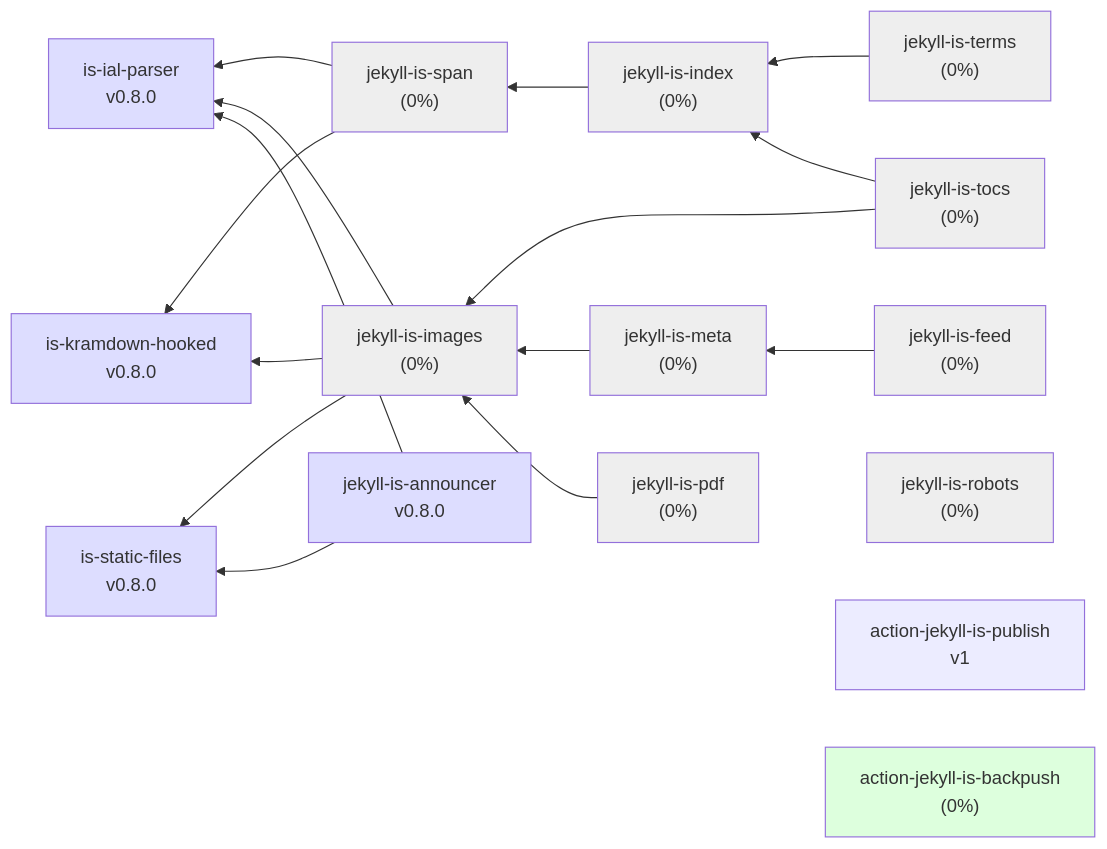
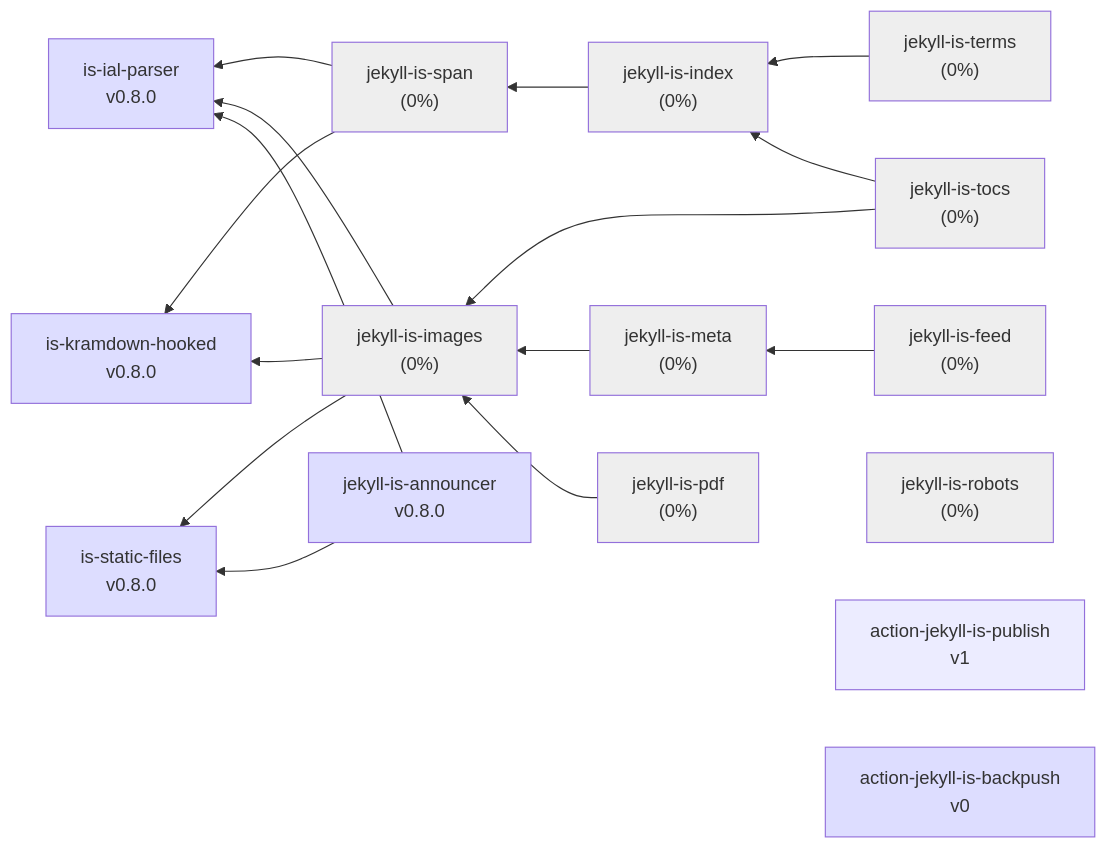
Before and after one commit to jekyll-is/.github: the diagram in profile/README.md, drawn with Mermaid.

````diff
--- a/profile/README.md
+++ b/profile/README.md
@@ -7,59 +7,59 @@
 ```mermaid
 graph RL
   kramdown["is-kramdown-hooked<br>v0.8.0"]
   ial["is-ial-parser<br>v0.8.0"]
   statics["is-static-files<br>v0.8.0"]
   span["jekyll-is-span<br>(0%)"] --> ial
   span --> kramdown
   index["jekyll-is-index<br>(0%)"] --> span
   abbr["jekyll-is-terms<br>(0%)"] --> index
   images["jekyll-is-images<br>(0%)"] --> ial
   images --> kramdown
   images --> statics
   tocs["jekyll-is-tocs<br>(0%)"] --> images
   tocs --> index
   meta["jekyll-is-meta<br>(0%)"] --> images
   feed["jekyll-is-feed<br>(0%)"] --> meta
   robots["jekyll-is-robots<br>(0%)"]
   announcer["jekyll-is-announcer<br>v0.8.0"] --> statics
   announcer --> ial
   act-publish["action-jekyll-is-publish<br>v1"]
-  act-backpush["action-jekyll-is-backpush<br>(0%)"]
+  act-backpush["action-jekyll-is-backpush<br>v0"]
   pdf["jekyll-is-pdf<br>(0%)"] --> images
 
 click ial "https://github.com/jekyll-is/is-ial-parser"
 click kramdown "https://github.com/jekyll-is/is-kramdown-hooked"
 click announcer "https://github.com/jekyll-is/jekyll-is-announcer"
 click act-publish "https://github.com/jekyll-is/action-jekyll-is-publish"
 click act-backpush "https://github.com/jekyll-is/action-jekyll-is-backpush"
 click images "https://github.com/jekyll-is/jekyll-is-images"
 click robots "https://github.com/jekyll-is/jekyll-is-robots"
 click meta "https://github.com/jekyll-is/jekyll-is-meta"
 click pdf "https://github.com/jekyll-is/jekyll-is-pdf"
 click tocs "https://github.com/jekyll-is/jekyll-is-tocs"
 click feed "https://github.com/jekyll-is/jekyll-is-feed"
 click index "https://github.com/jekyll-is/jekyll-is-index"
 click span "https://github.com/jekyll-is/jekyll-is-span"
 click abbr "https://github.com/jekyll-is/jekyll-is-terms"
 click statics "https://github.com/jekyll-is/is-static-files"
 
 classDef green fill:#DFD
 classDef gray fill:#EEE
 classDef blue fill:#DDF
 
 class ial blue
 class kramdown blue
 class images gray
 class announcer blue
 class act-publich blue
-class act-backpush green
+class act-backpush blue
 class pdf gray
 class span gray
 class index gray
 class feed gray
 class meta gray
 class robots gray
 class tocs gray
 class abbr gray
 class statics blue
 ```
````
